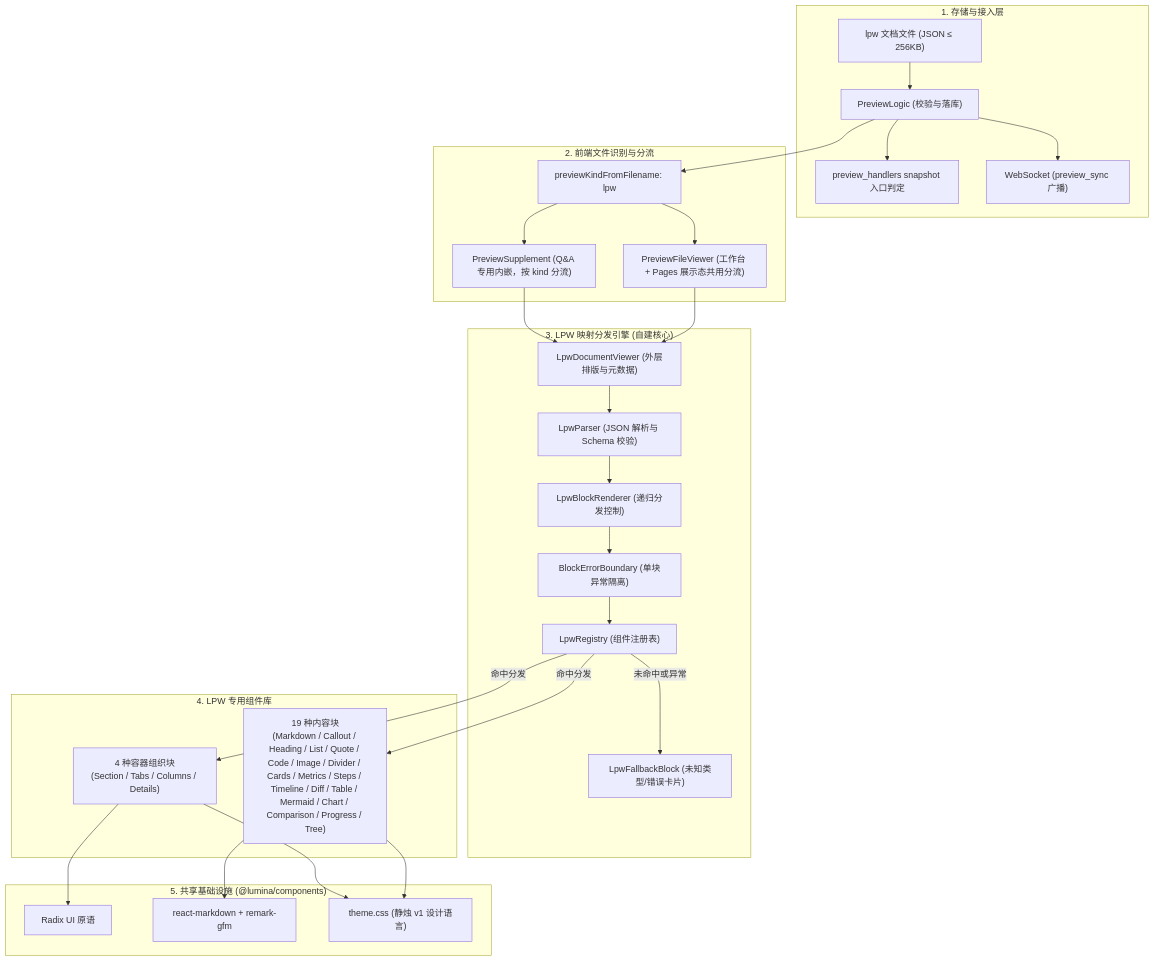
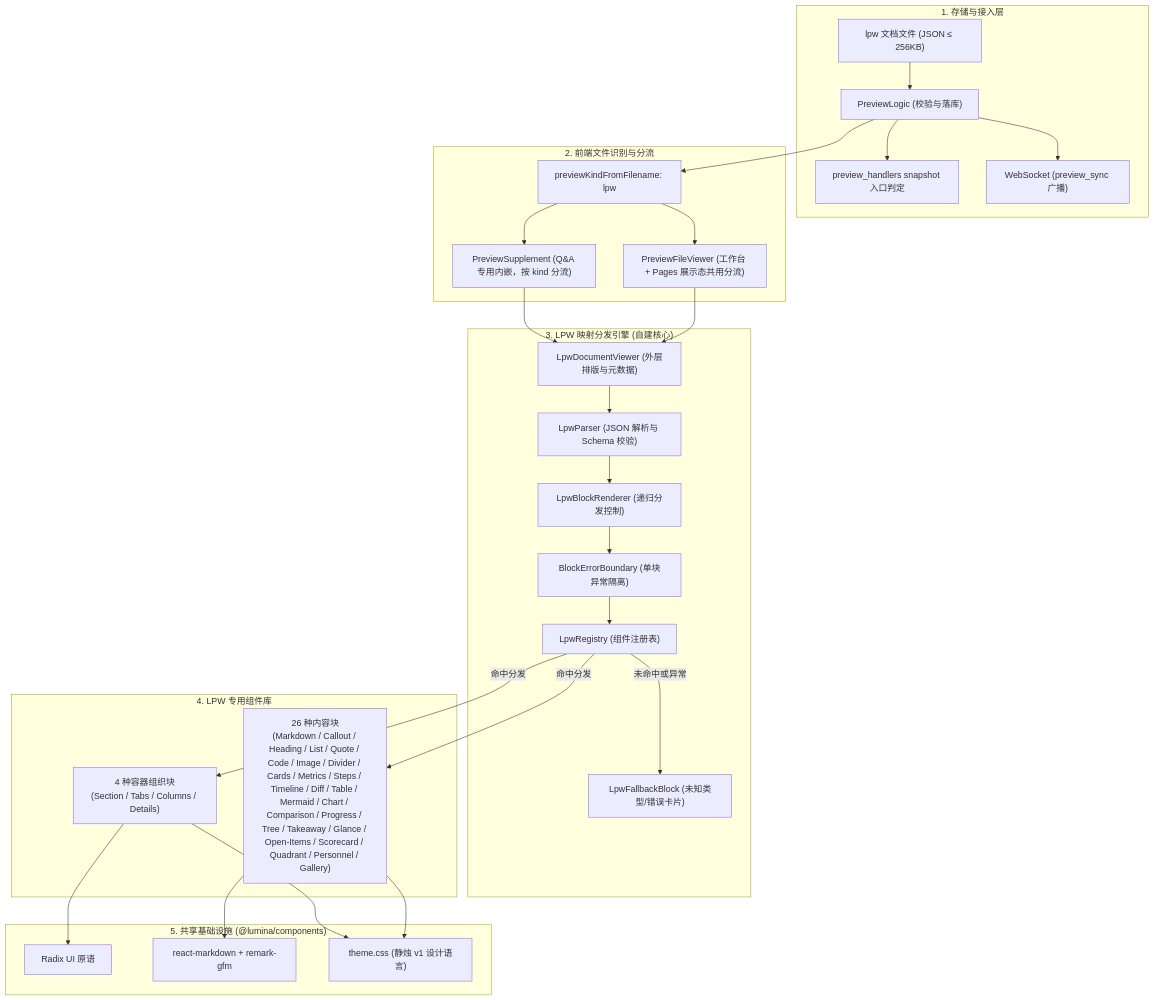
Before and after one commit to xiaolfeng/Lumina: the first of 4 diagrams in docs/engineering/design/0003-preview-lpw-document-renderer.md, drawn with Mermaid. The commit also changed other lines of this file, not shown here.

````diff
--- a/docs/engineering/design/0003-preview-lpw-document-renderer.md
+++ b/docs/engineering/design/0003-preview-lpw-document-renderer.md
@@ -75,56 +75,56 @@
 ```mermaid
 flowchart TB
   subgraph S1 ["1. 存储与接入层"]
     LPWFile["lpw 文档文件 (JSON ≤ 256KB)"]
     Logic["PreviewLogic (校验与落库)"]
     MCP["preview_handlers snapshot 入口判定"]
     WS["WebSocket (preview_sync 广播)"]
     LPWFile --> Logic
     Logic --> MCP
     Logic --> WS
   end
 
   subgraph S2 ["2. 前端文件识别与分流"]
     Kind["previewKindFromFilename: lpw"]
     Viewer["PreviewFileViewer (工作台 + Pages 展示态共用分流)"]
     QAPrev["PreviewSupplement (Q&A 专用内嵌，按 kind 分流)"]
     Kind --> Viewer
     Kind --> QAPrev
   end
 
   subgraph S3 ["3. LPW 映射分发引擎 (自建核心)"]
     DocShell["LpwDocumentViewer (外层排版与元数据)"]
     Parser["LpwParser (JSON 解析与 Schema 校验)"]
     Dispatcher["LpwBlockRenderer (递归分发控制)"]
     Boundary["BlockErrorBoundary (单块异常隔离)"]
     Registry["LpwRegistry (组件注册表)"]
     Fallback["LpwFallbackBlock (未知类型/错误卡片)"]
 
     DocShell --> Parser
     Parser --> Dispatcher
     Dispatcher --> Boundary
     Boundary --> Registry
     Registry -->|未命中或异常| Fallback
   end
 
   subgraph S4 ["4. LPW 专用组件库"]
-    Content["19 种内容块<br>(Markdown / Callout / Heading / List / Quote / Code / Image / Divider / Cards / Metrics / Steps / Timeline / Diff / Table / Mermaid / Chart / Comparison / Progress / Tree)"]
+    Content["26 种内容块<br>(Markdown / Callout / Heading / List / Quote / Code / Image / Divider / Cards / Metrics / Steps / Timeline / Diff / Table / Mermaid / Chart / Comparison / Progress / Tree / Takeaway / Glance / Open-Items / Scorecard / Quadrant / Personnel / Gallery)"]
     Container["4 种容器组织块<br>(Section / Tabs / Columns / Details)"]
   end
 
   subgraph S5 ["5. 共享基础设施 (@lumina/components)"]
     UI["Radix UI 原语"]
     MDEngine["react-markdown + remark-gfm"]
     ThemeTokens["theme.css (静烛 v1 设计语言)"]
   end
 
   Logic --> Kind
   Viewer --> DocShell
   QAPrev --> DocShell
   Registry -->|命中分发| Content
   Registry -->|命中分发| Container
   Content --> MDEngine
   Content --> ThemeTokens
   Container --> UI
   Container --> ThemeTokens
 ```
````
